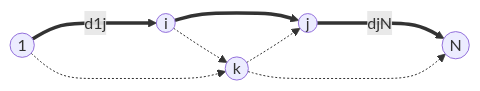
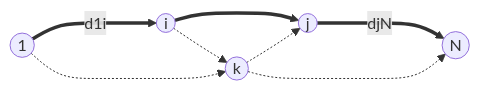
The first of 2 diagrams in docs/source/edutorial/abc/291/f.rst (nodashin6/atcoder), drawn with Mermaid before and after one commit. The commit also changed 3 other files, not shown here.

```diff
--- a/docs/source/edutorial/abc/291/f.rst
+++ b/docs/source/edutorial/abc/291/f.rst
@@ -38,16 +38,16 @@
 .. mermaid::
 
     graph LR
         1(("1"))
         j(("j"))
         i(("i"))
         k(("k"))
         N(("N"))
 
-        1 ===>|d1j| i
+        1 ===>|d1i| i
         i ===> j
         j ===>|djN| N
         1 -.-> k
         i -.-> k
         k -.-> j
         k -.-> N
```
